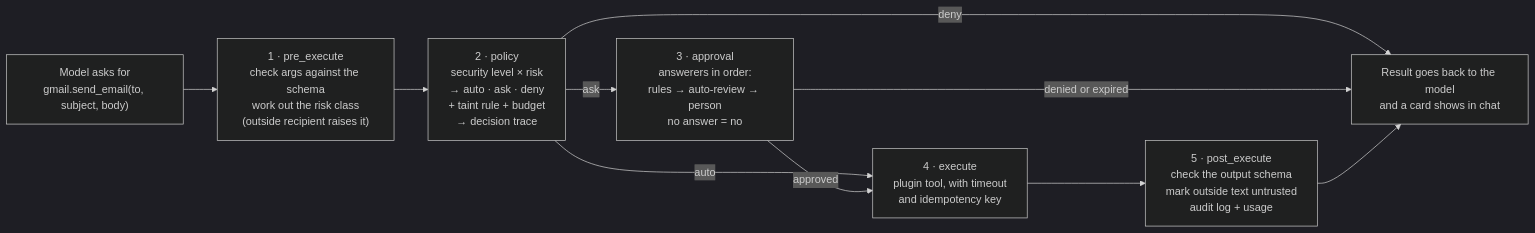
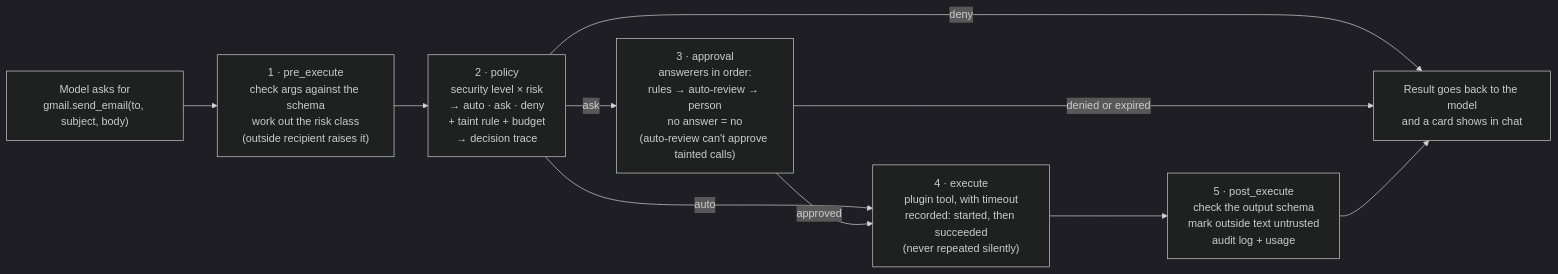
One commit to alihassan-coder/botdesk changed the diagram in docs/architecture/diagrams/04-tool-pipeline.mmd. Above: the diagram before and after it, drawn with Mermaid (dark theme). The commit also changed 26 other files, not shown here.

Commit message:
docs: architecture review, scaling design and open-source repo structure

```diff
--- a/docs/architecture/diagrams/04-tool-pipeline.mmd
+++ b/docs/architecture/diagrams/04-tool-pipeline.mmd
@@ -1,10 +1,10 @@
 flowchart LR
   CALL["Model asks for<br/>gmail.send_email(to, subject, body)"] --> PRE["1 · pre_execute<br/>check args against the schema<br/>work out the risk class<br/>(outside recipient raises it)"]
   PRE --> POL["2 · policy<br/>security level × risk<br/>→ auto · ask · deny<br/>+ taint rule + budget<br/>→ decision trace"]
-  POL -- "ask" --> APPROVE["3 · approval<br/>answerers in order:<br/>rules → auto-review → person<br/>no answer = no"]
+  POL -- "ask" --> APPROVE["3 · approval<br/>answerers in order:<br/>rules → auto-review → person<br/>no answer = no<br/>(auto-review can't approve tainted calls)"]
   POL -- "auto" --> EXEC
-  APPROVE -- "approved" --> EXEC["4 · execute<br/>plugin tool, with timeout<br/>and idempotency key"]
+  APPROVE -- "approved" --> EXEC["4 · execute<br/>plugin tool, with timeout<br/>recorded: started, then succeeded<br/>(never repeated silently)"]
   POL -- "deny" --> OUT
   APPROVE -- "denied or expired" --> OUT
   EXEC --> POST["5 · post_execute<br/>check the output schema<br/>mark outside text untrusted<br/>audit log + usage"]
   POST --> OUT["Result goes back to the model<br/>and a card shows in chat"]
```
